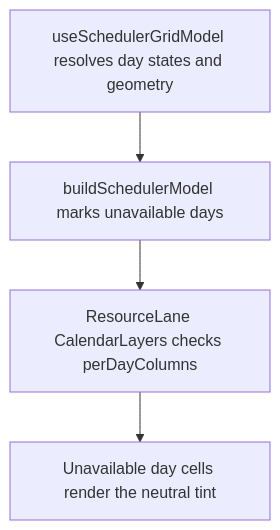
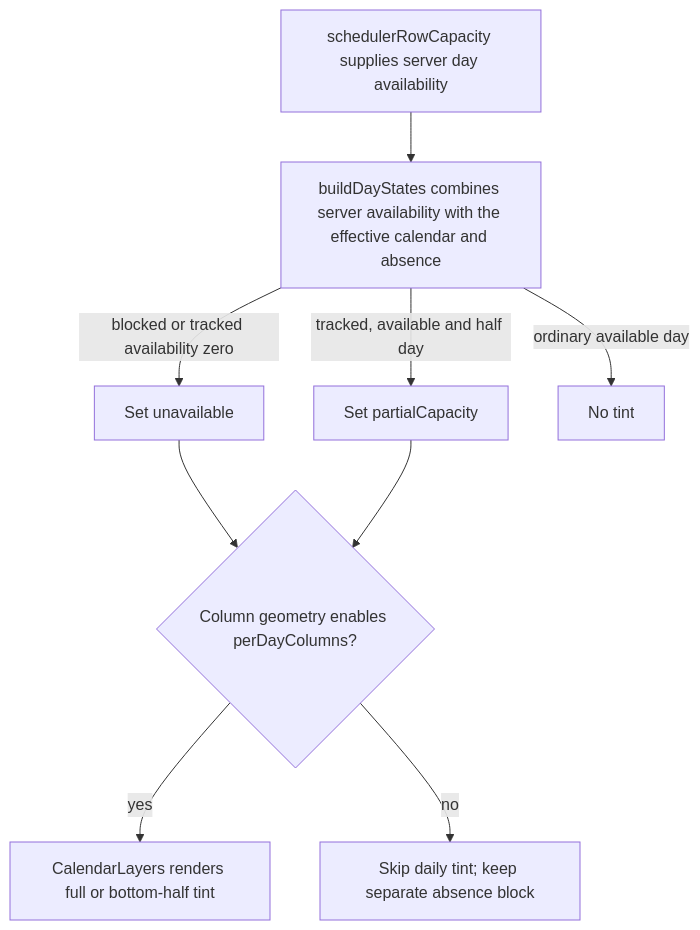
Before and after one commit to Kevinjohn/capacitylens: the second of 2 diagrams in user-stories/scheduler/US-SCH-10-unavailable-days.md, drawn with Mermaid. The commit also changed other lines of this file and 172 other files, not shown here.

Commit message:
docs: reconcile user story code flows with source

````diff
--- a/user-stories/scheduler/US-SCH-10-unavailable-days.md
+++ b/user-stories/scheduler/US-SCH-10-unavailable-days.md
@@ -33,6 +33,11 @@
 ```mermaid
 flowchart TD
-  A["useSchedulerGridModel resolves day states and geometry"] --> B["buildSchedulerModel marks unavailable days"]
-  B --> C["ResourceLane CalendarLayers checks perDayColumns"]
-  C --> D["Unavailable day cells render the neutral tint"]
+  Read["schedulerRowCapacity supplies server day availability"] --> State["buildDayStates combines server availability with the effective calendar and absence"]
+  State -->|blocked or tracked availability zero| Unavailable["Set unavailable"]
+  State -->|tracked, available and half day| Half["Set partialCapacity"]
+  State -->|ordinary available day| None["No tint"]
+  Unavailable --> Geometry{"Column geometry enables perDayColumns?"}
+  Half --> Geometry
+  Geometry -->|yes| Layers["CalendarLayers renders full or bottom-half tint"]
+  Geometry -->|no| Coarse["Skip daily tint; keep separate absence block"]
 ```
````
